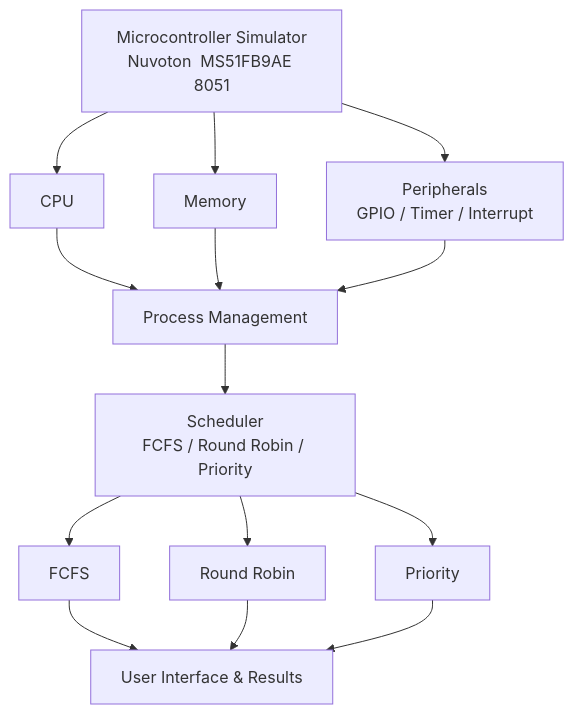
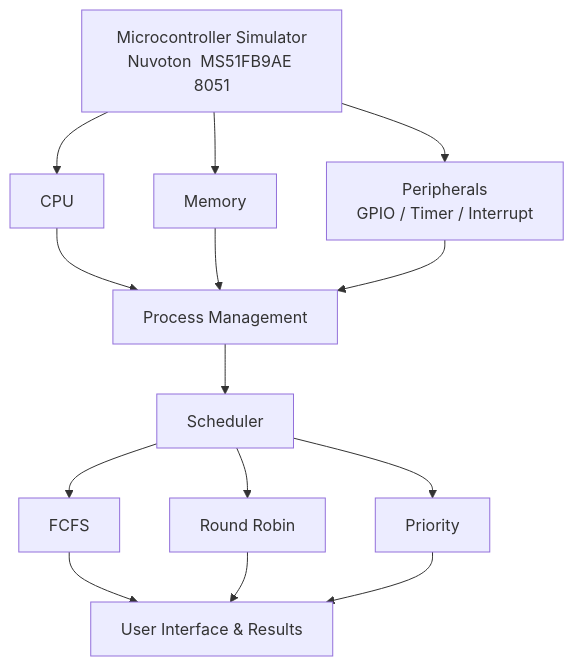
The diagram in README.md (mnilam-12/Nuvoton-microcontroller-simulator), drawn with Mermaid before and after one commit.

Commit message:
Simplify Scheduler description in README
Removed additional text from the Scheduler section.

````diff
--- a/README.md
+++ b/README.md
@@ -54,16 +54,16 @@
 ```mermaid
 graph TD
     A[Microcontroller Simulator<br/>Nuvoton  MS51FB9AE 8051] --> B[CPU]
     A --> C[Memory]
     A --> D[Peripherals<br/>GPIO / Timer / Interrupt]
     B --> E[Process Management]
     C --> E
     D --> E
-    E --> F[Scheduler<br/>FCFS / Round Robin / Priority]
+    E --> F[Scheduler<br/>]
     F --> G[FCFS]
     F --> H[Round Robin]
     F --> I[Priority]
     G --> J[User Interface & Results]
     H --> J
     I --> J
 ```      
````
